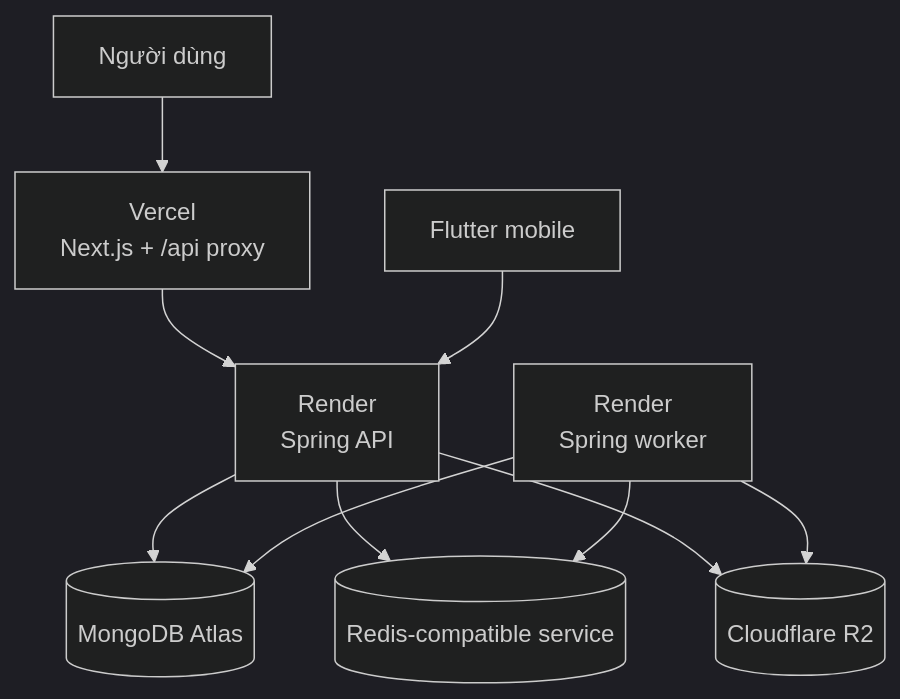
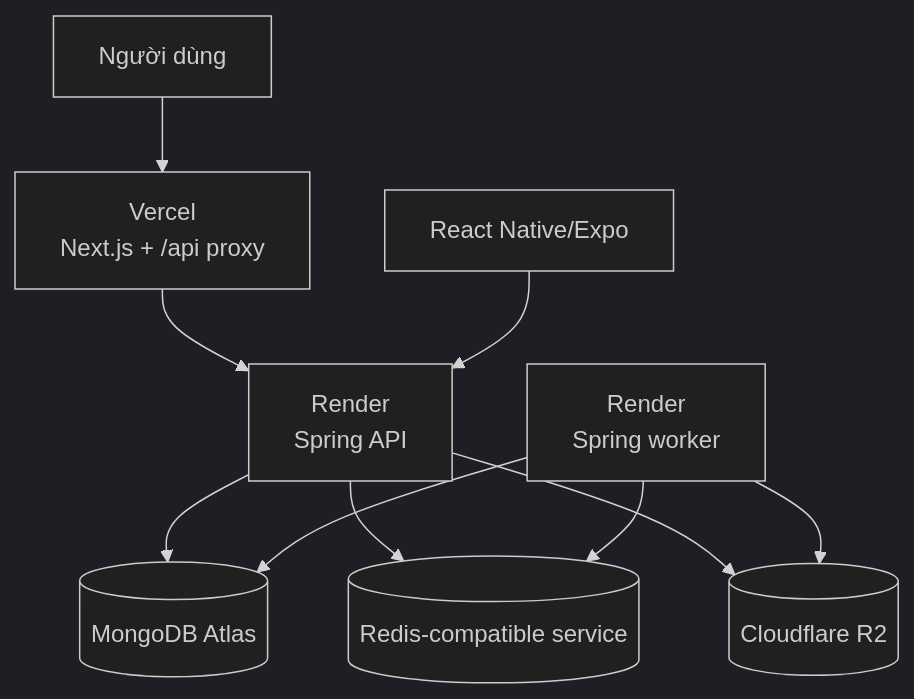
The eighth of 8 diagrams in docs/architecture/system-architecture-overview.md (hlqkhanh/Dike-v2), drawn with Mermaid (dark theme) before and after one commit. The commit also changed other lines of this file and 45 other files, not shown here.

Commit message:
feat(mobile): implement Stage 16 Expo foundation

````diff
--- a/docs/architecture/system-architecture-overview.md
+++ b/docs/architecture/system-architecture-overview.md
@@ -554,12 +553,12 @@
 ```mermaid
 flowchart TB
   INTERNET[Người dùng] --> V[Vercel<br/>Next.js + /api proxy]
   V --> A[Render<br/>Spring API]
-  F[Flutter mobile] --> A
+  N[React Native/Expo] --> A
   A --> MA[(MongoDB Atlas)]
   A --> RR[(Redis-compatible service)]
   A --> R2[(Cloudflare R2)]
   W[Render<br/>Spring worker] --> MA
   W --> RR
   W --> R2
 ```
````
